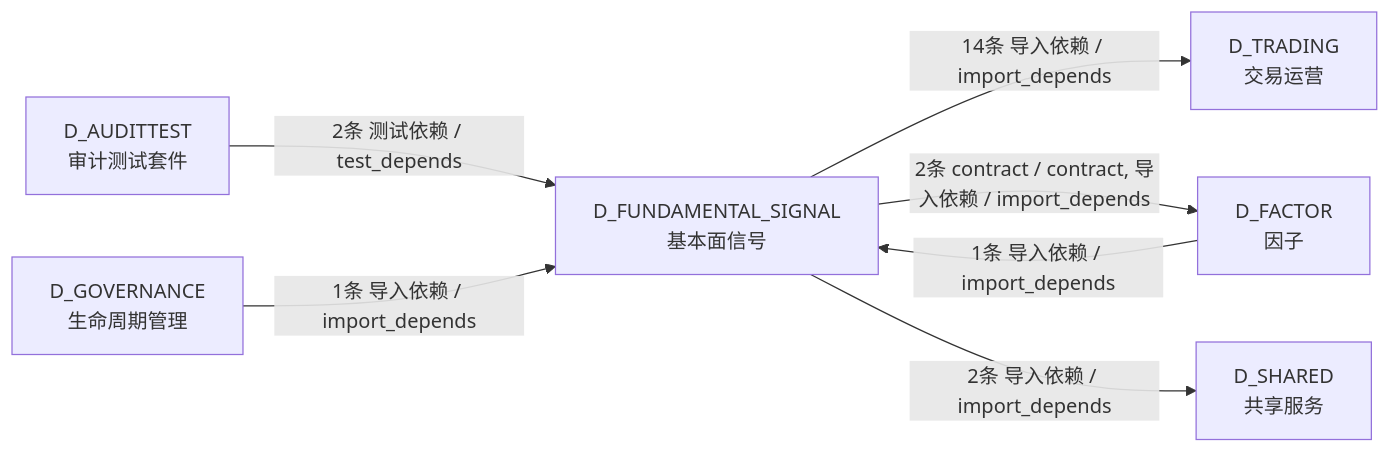
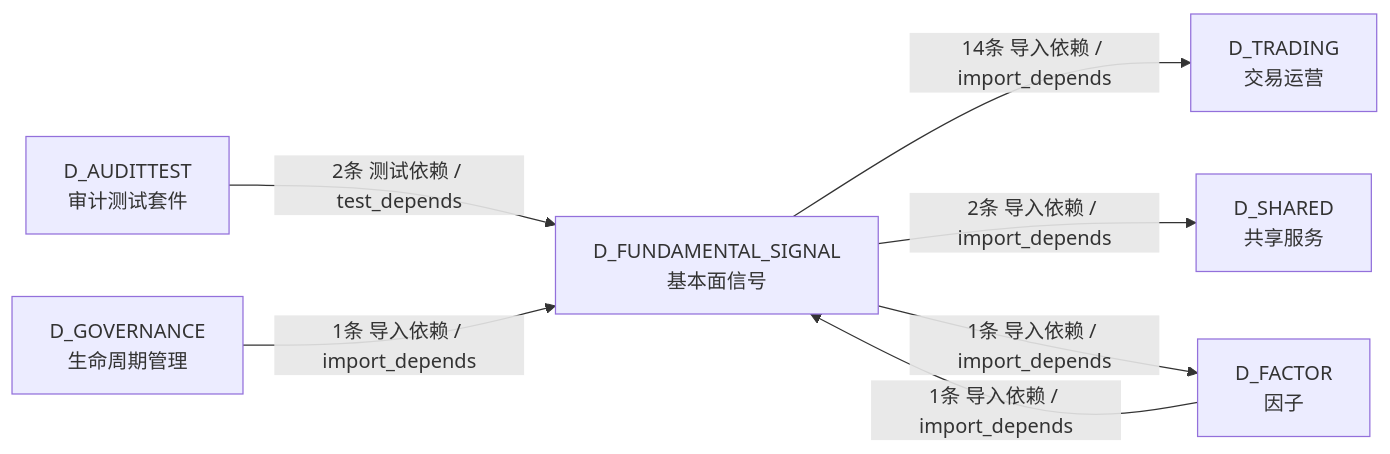
Before and after one commit to xuanFelixVan/ZephyrAlpha: the fourth of 4 diagrams in docs/02_enterprise_architecture/02_domain_architecture_docs/30_d_fundamental_signal.md, drawn with Mermaid. The commit also changed other lines of this file and 100 other files, not shown here.

````diff
--- a/docs/02_enterprise_architecture/02_domain_architecture_docs/30_d_fundamental_signal.md
+++ b/docs/02_enterprise_architecture/02_domain_architecture_docs/30_d_fundamental_signal.md
@@ -314,15 +311,15 @@
 ```mermaid
 graph LR
     D_FUNDAMENTAL_SIGNAL["D_FUNDAMENTAL_SIGNAL<br/>基本面信号"]
     D_TRADING["D_TRADING<br/>交易运营"]
+    D_SHARED["D_SHARED<br/>共享服务"]
     D_FACTOR["D_FACTOR<br/>因子"]
-    D_SHARED["D_SHARED<br/>共享服务"]
     D_AUDITTEST["D_AUDITTEST<br/>审计测试套件"]
     D_GOVERNANCE["D_GOVERNANCE<br/>生命周期管理"]
     D_FUNDAMENTAL_SIGNAL -->|14条 导入依赖 / import_depends| D_TRADING
-    D_FUNDAMENTAL_SIGNAL -->|2条 contract / contract, 导入依赖 / import_depends| D_FACTOR
     D_FUNDAMENTAL_SIGNAL -->|2条 导入依赖 / import_depends| D_SHARED
+    D_FUNDAMENTAL_SIGNAL -->|1条 导入依赖 / import_depends| D_FACTOR
     D_AUDITTEST -->|2条 测试依赖 / test_depends| D_FUNDAMENTAL_SIGNAL
     D_FACTOR -->|1条 导入依赖 / import_depends| D_FUNDAMENTAL_SIGNAL
     D_GOVERNANCE -->|1条 导入依赖 / import_depends| D_FUNDAMENTAL_SIGNAL
 ```
````
